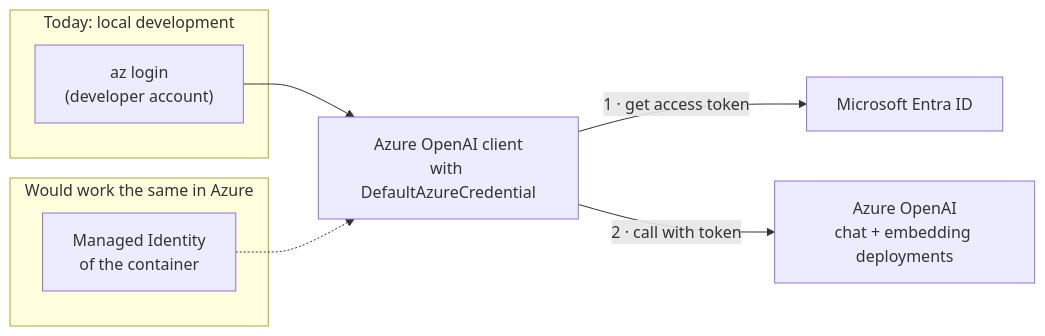
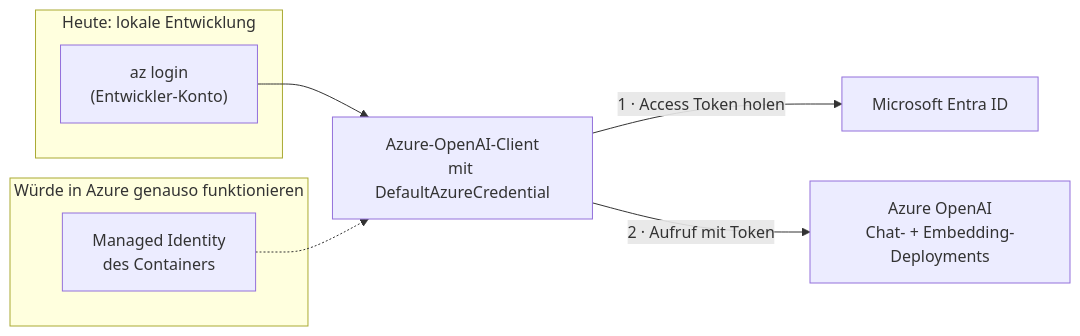
One commit to MyOnlineRepo/RAG-API changed the fourth of 9 diagrams in README.md. Above: the diagram before and after it, drawn with Mermaid. The commit also changed other lines of this file, not shown here.

````diff
--- a/README.md
+++ b/README.md
@@ -123,13 +123,13 @@
 ```mermaid
 flowchart LR
-    subgraph local["Today: local development"]
-        Dev["az login<br/>(developer account)"]
+    subgraph local["Heute: lokale Entwicklung"]
+        Dev["az login<br/>(Entwickler-Konto)"]
     end
-    subgraph azure["Would work the same in Azure"]
-        MI["Managed Identity<br/>of the container"]
+    subgraph azure["Würde in Azure genauso funktionieren"]
+        MI["Managed Identity<br/>des Containers"]
     end
-    Dev --> DAC["Azure OpenAI client<br/>with DefaultAzureCredential"]
+    Dev --> DAC["Azure-OpenAI-Client<br/>mit DefaultAzureCredential"]
     MI -.-> DAC
-    DAC -->|"1 · get access token"| Entra["Microsoft Entra ID"]
-    DAC -->|"2 · call with token"| AOAI["Azure OpenAI<br/>chat + embedding deployments"]
+    DAC -->|"1 · Access Token holen"| Entra["Microsoft Entra ID"]
+    DAC -->|"2 · Aufruf mit Token"| AOAI["Azure OpenAI<br/>Chat- + Embedding-Deployments"]
 ```
````
